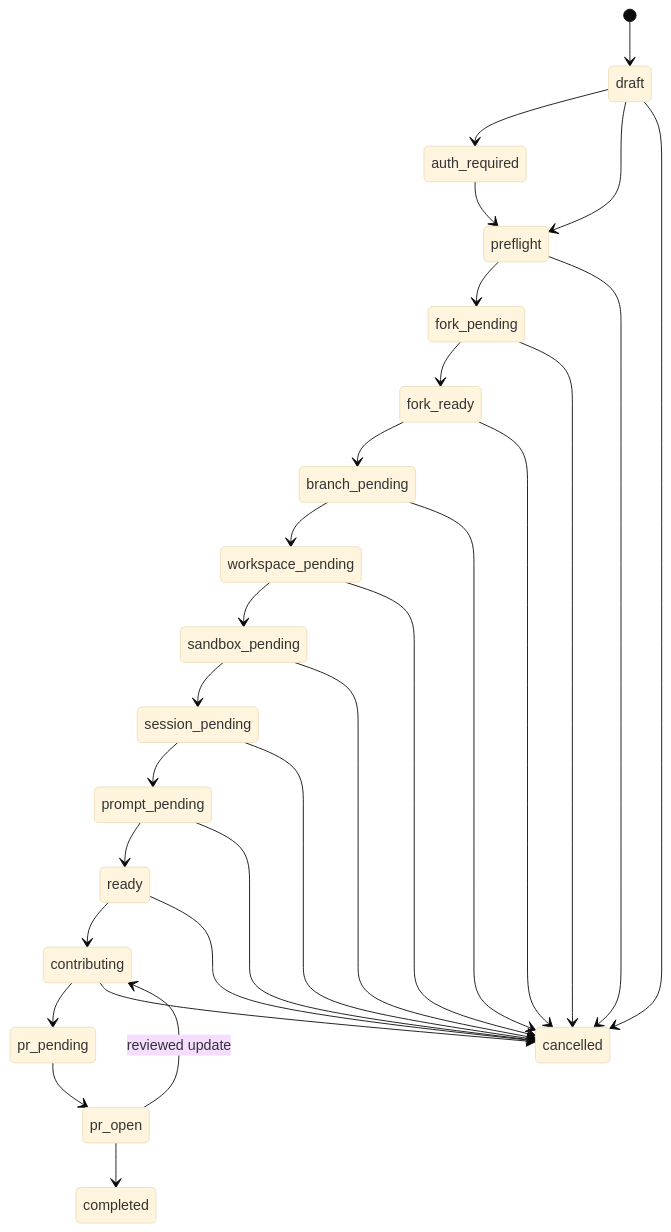
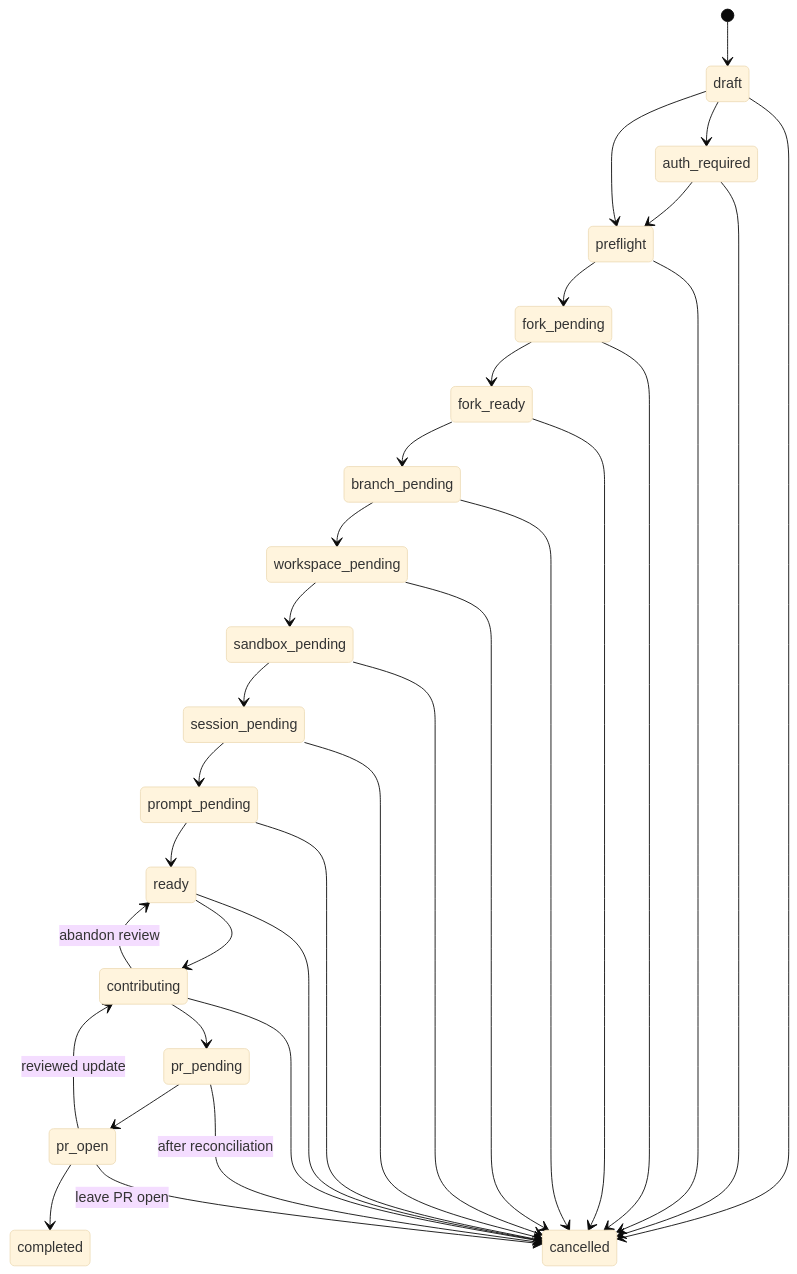
The diagram in docs/CMA_Trigger.md (ChronoAIProject/cma), drawn with Mermaid (base theme) before and after one commit. The commit also changed other lines of this file, not shown here.

````diff
--- a/docs/CMA_Trigger.md
+++ b/docs/CMA_Trigger.md
@@ -493,31 +493,35 @@
 ```mermaid
 stateDiagram-v2
     [*] --> draft
     draft --> auth_required
     auth_required --> preflight
     draft --> preflight
     preflight --> fork_pending
     fork_pending --> fork_ready
     fork_ready --> branch_pending
     branch_pending --> workspace_pending
     workspace_pending --> sandbox_pending
     sandbox_pending --> session_pending
     session_pending --> prompt_pending
     prompt_pending --> ready
     ready --> contributing
+    contributing --> ready: abandon review
     contributing --> pr_pending
     pr_pending --> pr_open
     pr_open --> contributing: reviewed update
     pr_open --> completed
     draft --> cancelled
+    auth_required --> cancelled
     preflight --> cancelled
     fork_pending --> cancelled
     fork_ready --> cancelled
     branch_pending --> cancelled
     workspace_pending --> cancelled
     sandbox_pending --> cancelled
     session_pending --> cancelled
     prompt_pending --> cancelled
     ready --> cancelled
     contributing --> cancelled
+    pr_pending --> cancelled: after reconciliation
+    pr_open --> cancelled: leave PR open
 ```
````
